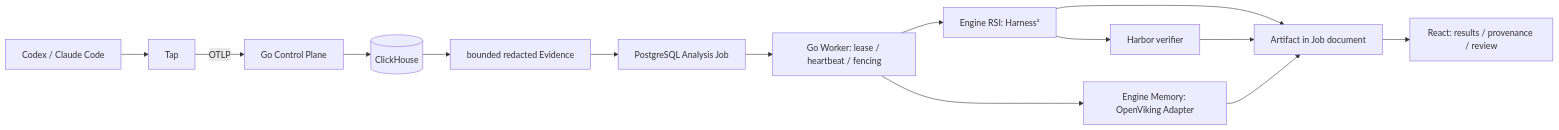
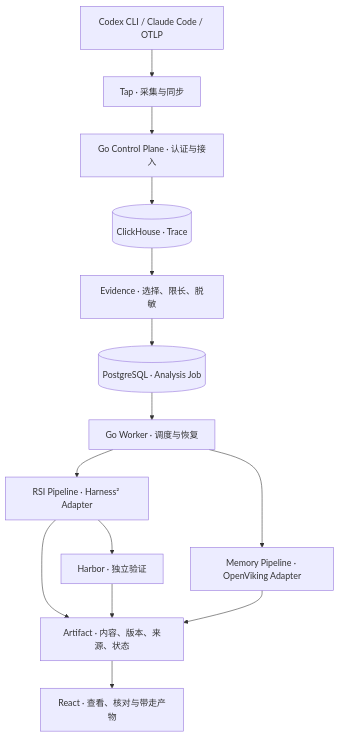
The diagram in README.md (fightheyyy/CATENA), drawn with Mermaid before and after one commit. The commit also changed other lines of this file, not shown here.

````diff
--- a/README.md
+++ b/README.md
@@ -7,15 +47,16 @@
 ```mermaid
-flowchart LR
-  Agent[Codex / Claude Code] --> Tap -->|OTLP| Go[Go Control Plane]
-  Go --> CH[(ClickHouse)]
-  CH --> Evidence[bounded redacted Evidence]
-  Evidence --> Jobs[PostgreSQL Analysis Job]
-  Jobs --> Worker[Go Worker: lease / heartbeat / fencing]
-  Worker --> RSI[Engine RSI: Harness²]
-  Worker --> Memory[Engine Memory: OpenViking Adapter]
-  RSI --> Harbor[Harbor verifier]
-  RSI --> Artifact[Artifact in Job document]
-  Harbor --> Artifact
-  Memory --> Artifact
-  Artifact --> Review[React: results / provenance / review]
+flowchart TB
+    Agents["Codex CLI / Claude Code / OTLP"] --> Tap["Tap · 采集与同步"]
+    Tap --> Go["Go Control Plane · 认证与接入"]
+    Go --> CH[(ClickHouse · Trace)]
+    CH --> Evidence["Evidence · 选择、限长、脱敏"]
+    Evidence --> Queue[(PostgreSQL · Analysis Job)]
+    Queue --> Worker["Go Worker · 调度与恢复"]
+    Worker --> RSI["RSI Pipeline · Harness² Adapter"]
+    Worker --> Memory["Memory Pipeline · OpenViking Adapter"]
+    RSI --> Harbor["Harbor · 独立验证"]
+    RSI --> Artifacts["Artifact · 内容、版本、来源、状态"]
+    Harbor --> Artifacts
+    Memory --> Artifacts
+    Artifacts --> Web["React · 查看、核对与带走产物"]
 ```
````
